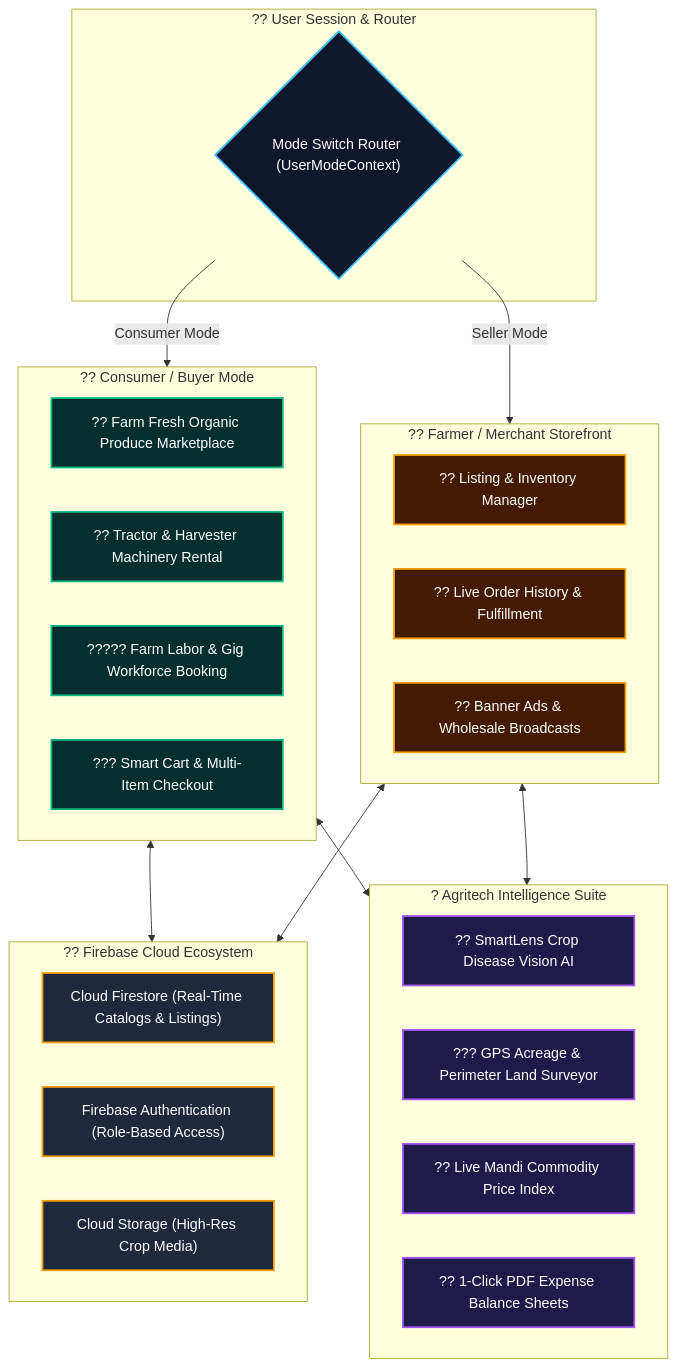
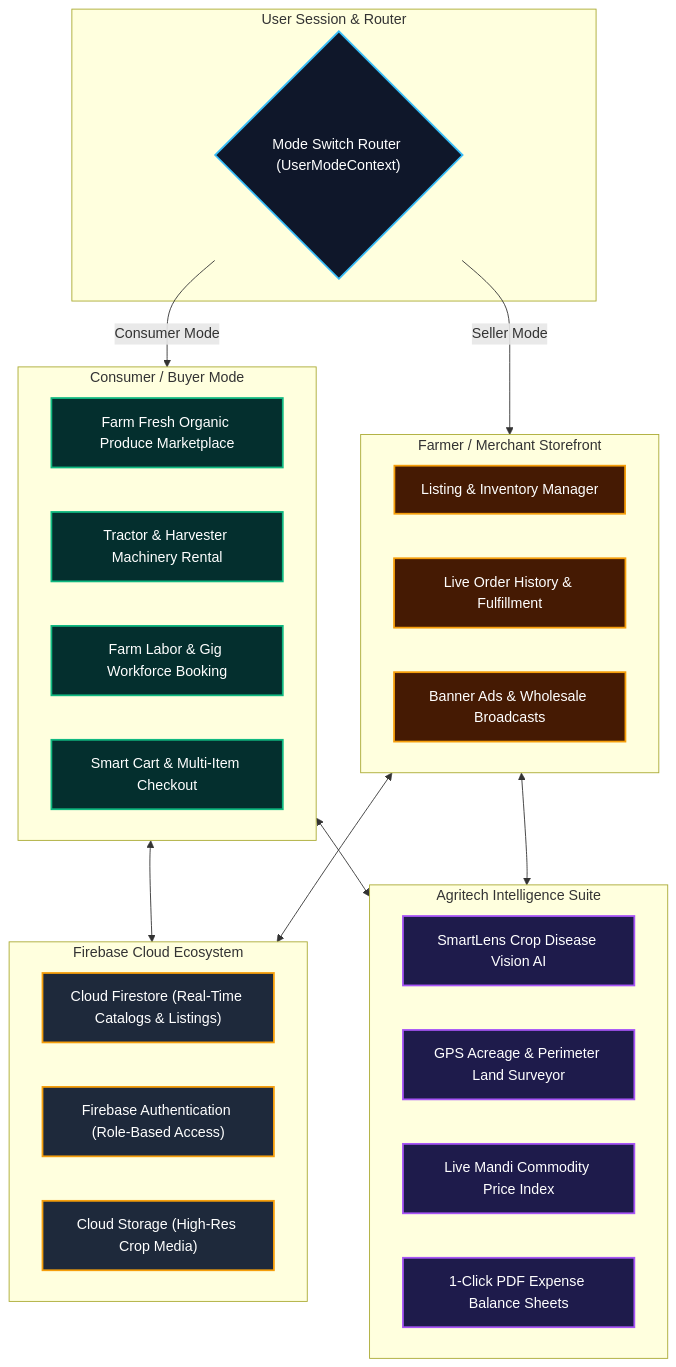
Before and after one commit to maniscap/My-First-App: the diagram in README.md, drawn with Mermaid. The commit also changed other lines of this file, not shown here.

````diff
--- a/README.md
+++ b/README.md
@@ -37,43 +37,43 @@
 ```mermaid
 flowchart TD
     classDef client fill:#0f172a,stroke:#38bdf8,stroke-width:2px,color:#fff;
     classDef buyer fill:#042f2e,stroke:#10b981,stroke-width:2px,color:#fff;
     classDef seller fill:#451a03,stroke:#f59e0b,stroke-width:2px,color:#fff;
     classDef ai fill:#1e1b4b,stroke:#a855f7,stroke-width:2px,color:#fff;
     classDef fb fill:#1e293b,stroke:#f59e0b,stroke-width:2px,color:#fff;
 
-    subgraph User["?? User Session & Router"]
+    subgraph User["User Session & Router"]
         ModeSwitch{"Mode Switch Router (UserModeContext)"}:::client
     end
 
-    subgraph ConsumerSpace["?? Consumer / Buyer Mode"]
-        FarmFresh["?? Farm Fresh Organic Produce Marketplace"]:::buyer
-        HireMachinery["?? Tractor & Harvester Machinery Rental"]:::buyer
-        HireWorkers["????? Farm Labor & Gig Workforce Booking"]:::buyer
-        Cart["??? Smart Cart & Multi-Item Checkout"]:::buyer
+    subgraph ConsumerSpace["Consumer / Buyer Mode"]
+        FarmFresh["Farm Fresh Organic Produce Marketplace"]:::buyer
+        HireMachinery["Tractor & Harvester Machinery Rental"]:::buyer
+        HireWorkers["Farm Labor & Gig Workforce Booking"]:::buyer
+        Cart["Smart Cart & Multi-Item Checkout"]:::buyer
     end
 
-    subgraph SellerSpace["?? Farmer / Merchant Storefront"]
-        Storefront["?? Listing & Inventory Manager"]:::seller
-        OrderFlow["?? Live Order History & Fulfillment"]:::seller
-        PromoEngine["?? Banner Ads & Wholesale Broadcasts"]:::seller
+    subgraph SellerSpace["Farmer / Merchant Storefront"]
+        Storefront["Listing & Inventory Manager"]:::seller
+        OrderFlow["Live Order History & Fulfillment"]:::seller
+        PromoEngine["Banner Ads & Wholesale Broadcasts"]:::seller
     end
 
-    subgraph AIAndTools["? Agritech Intelligence Suite"]
-        SmartLens["?? SmartLens Crop Disease Vision AI"]:::ai
-        GPSMeasure["??? GPS Acreage & Perimeter Land Surveyor"]:::ai
-        MandiRates["?? Live Mandi Commodity Price Index"]:::ai
-        PDFGen["?? 1-Click PDF Expense Balance Sheets"]:::ai
+    subgraph AIAndTools["Agritech Intelligence Suite"]
+        SmartLens["SmartLens Crop Disease Vision AI"]:::ai
+        GPSMeasure["GPS Acreage & Perimeter Land Surveyor"]:::ai
+        MandiRates["Live Mandi Commodity Price Index"]:::ai
+        PDFGen["1-Click PDF Expense Balance Sheets"]:::ai
     end
 
-    subgraph CloudEngine["?? Firebase Cloud Ecosystem"]
+    subgraph CloudEngine["Firebase Cloud Ecosystem"]
         Firestore["Cloud Firestore (Real-Time Catalogs & Listings)"]:::fb
         Auth["Firebase Authentication (Role-Based Access)"]:::fb
         Storage["Cloud Storage (High-Res Crop Media)"]:::fb
     end
 
     ModeSwitch -->|Consumer Mode| ConsumerSpace
     ModeSwitch -->|Seller Mode| SellerSpace
     ConsumerSpace & SellerSpace <--> CloudEngine
     ConsumerSpace & SellerSpace <--> AIAndTools
 ```
````
